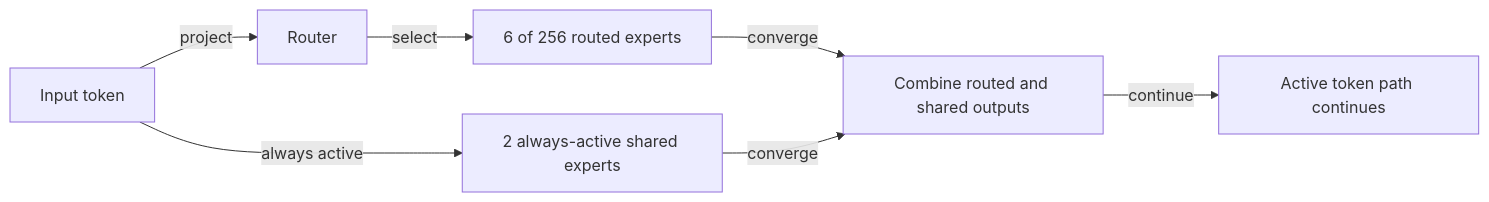
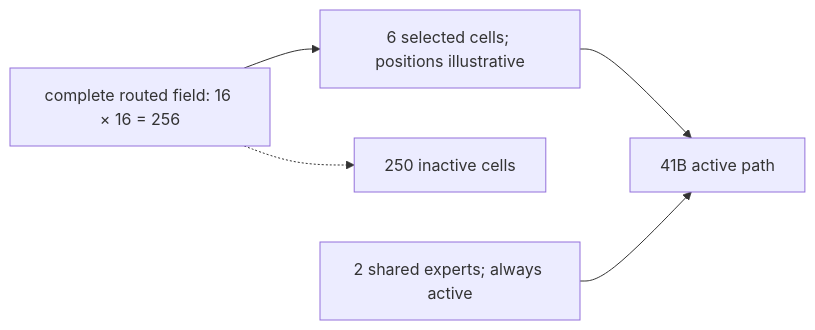
The second of 3 diagrams in docs/visual-manifests/VISUAL_MANIFEST_INKLING.md (Betancourt1/paper_atlas), drawn with Mermaid before and after one commit. The commit also changed other lines of this file and 52 other files, not shown here.

````diff
--- a/docs/visual-manifests/VISUAL_MANIFEST_INKLING.md
+++ b/docs/visual-manifests/VISUAL_MANIFEST_INKLING.md
@@ -992,15 +236,12 @@
 ```mermaid
 flowchart LR
-  token["Input token"]
-  router["Router"]
-  routed["6 of 256 routed experts"]
-  shared["2 always-active shared experts"]
-  merge["Combine routed and shared outputs"]
-  active["Active token path continues"]
-  token -->|"project"| router
-  router -->|"select"| routed
-  token -->|"always active"| shared
-  routed -->|"converge"| merge
-  shared -->|"converge"| merge
-  merge -->|"continue"| active
+  field["complete routed field: 16 × 16 = 256"]
+  selected["6 selected cells; positions illustrative"]
+  inactive["250 inactive cells"]
+  shared["2 shared experts; always active"]
+  active["41B active path"]
+  field --> selected
+  field -.-> inactive
+  selected --> active
+  shared --> active
 ```
````
